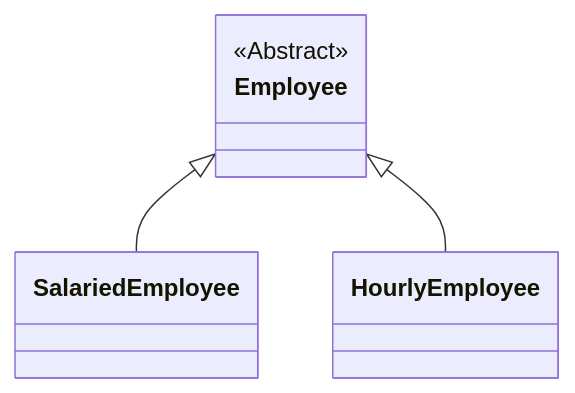
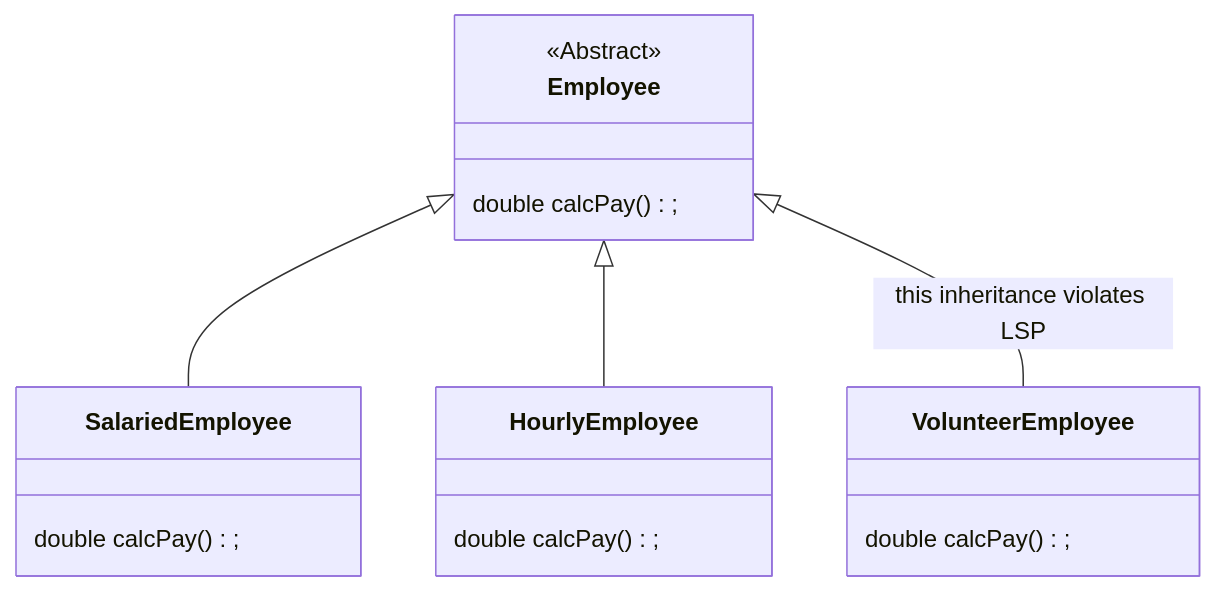
The diagram in Java8/src/umlforjava/lsp/LSP.md (gutenLEE/guten-java-Lab), drawn with Mermaid before and after one commit. The commit also changed other lines of this file and 1 other file, not shown here.

Commit message:
add : LSP 위반 case

````diff
--- a/Java8/src/umlforjava/lsp/LSP.md
+++ b/Java8/src/umlforjava/lsp/LSP.md
@@ -4,9 +4,22 @@
 ```mermaid
     classDiagram 
         class Employee {
             <<Abstract>>
+            double calcPay();
+        }
+        
+        class SalariedEmployee {
+           double calcPay();
+        }
+        
+        class HourlyEmployee {
+           double calcPay();
+        }
+        
+        class VolunteerEmployee {
+           double calcPay();
         }
         Employee <|-- SalariedEmployee
         Employee <|-- HourlyEmployee
-    
+        Employee <|-- VolunteerEmployee:this inheritance violates LSP
 ```
````
